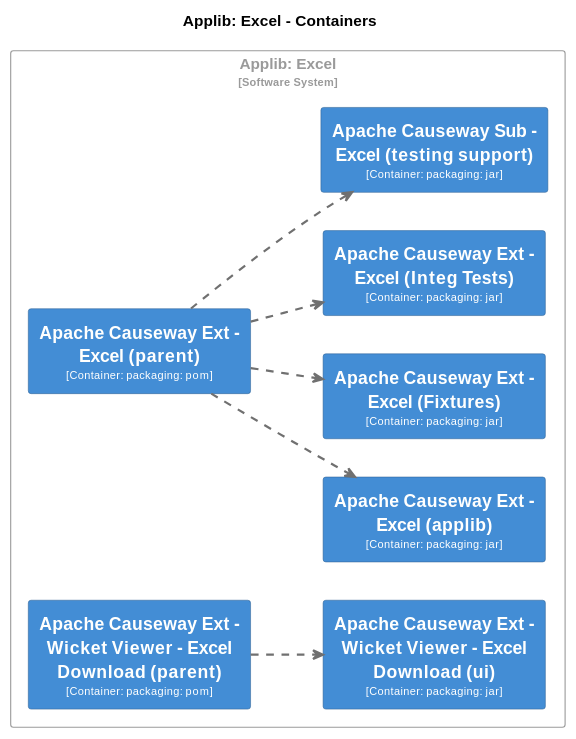
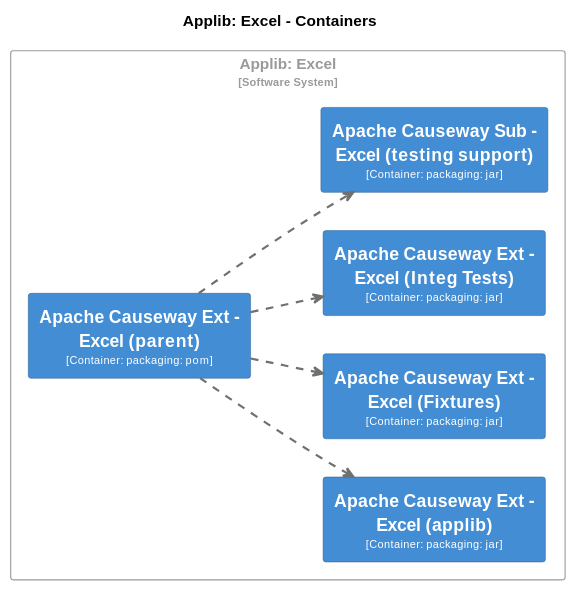
Diagram 22 of 33 in core/adoc/modules/_overview/pages/about.adoc (apache/causeway), drawn with PlantUML before and after one commit. The commit also changed other lines of this file and 6 other files, not shown here.

```diff
--- a/core/adoc/modules/_overview/pages/about.adoc
+++ b/core/adoc/modules/_overview/pages/about.adoc
@@ -4897,82 +4971,67 @@
 [plantuml,Applib~ Excel,svg]
 ----
 @startuml
 set separator none
 title Applib: Excel - Containers
 
 left to right direction
 
 skinparam {
   arrowFontSize 10
   defaultTextAlignment center
   wrapWidth 200
   maxMessageSize 100
 }
 
 hide stereotype
 
 skinparam rectangle<<ApplibExcel.ApacheCausewayExtExcelFixtures>> {
   BackgroundColor #438dd5
   FontColor #fffffe
   BorderColor #2e6295
   shadowing false
 }
 skinparam rectangle<<ApplibExcel.ApacheCausewayExtExcelIntegTests>> {
   BackgroundColor #438dd5
   FontColor #fffffe
   BorderColor #2e6295
   shadowing false
 }
 skinparam rectangle<<ApplibExcel.ApacheCausewayExtExcelapplib>> {
   BackgroundColor #438dd5
   FontColor #fffffe
   BorderColor #2e6295
   shadowing false
 }
 skinparam rectangle<<ApplibExcel.ApacheCausewayExtExcelparent>> {
   BackgroundColor #438dd5
   FontColor #fffffe
   BorderColor #2e6295
   shadowing false
 }
-skinparam rectangle<<ApplibExcel.ApacheCausewayExtWicketViewerExcelDownloadparent>> {
-  BackgroundColor #438dd5
-  FontColor #fffffe
-  BorderColor #2e6295
-  shadowing false
-}
-skinparam rectangle<<ApplibExcel.ApacheCausewayExtWicketViewerExcelDownloadui>> {
-  BackgroundColor #438dd5
-  FontColor #fffffe
-  BorderColor #2e6295
-  shadowing false
-}
 skinparam rectangle<<ApplibExcel.ApacheCausewaySubExceltestingsupport>> {
   BackgroundColor #438dd5
   FontColor #fffffe
   BorderColor #2e6295
   shadowing false
 }
 skinparam rectangle<<ApplibExcel>> {
   BorderColor #9a9a9a
   FontColor #9a9a9a
   shadowing false
 }
 
 rectangle "Applib: Excel\n<size:10>[Software System]</size>" <<ApplibExcel>> {
   rectangle "==Apache Causeway Ext - Excel (parent)\n<size:10>[Container: packaging: pom]</size>" <<ApplibExcel.ApacheCausewayExtExcelparent>> as ApplibExcel.ApacheCausewayExtExcelparent
   rectangle "==Apache Causeway Ext - Excel (applib)\n<size:10>[Container: packaging: jar]</size>" <<ApplibExcel.ApacheCausewayExtExcelapplib>> as ApplibExcel.ApacheCausewayExtExcelapplib
   rectangle "==Apache Causeway Ext - Excel (Fixtures)\n<size:10>[Container: packaging: jar]</size>" <<ApplibExcel.ApacheCausewayExtExcelFixtures>> as ApplibExcel.ApacheCausewayExtExcelFixtures
   rectangle "==Apache Causeway Ext - Excel (Integ Tests)\n<size:10>[Container: packaging: jar]</size>" <<ApplibExcel.ApacheCausewayExtExcelIntegTests>> as ApplibExcel.ApacheCausewayExtExcelIntegTests
   rectangle "==Apache Causeway Sub - Excel (testing support)\n<size:10>[Container: packaging: jar]</size>" <<ApplibExcel.ApacheCausewaySubExceltestingsupport>> as ApplibExcel.ApacheCausewaySubExceltestingsupport
-  rectangle "==Apache Causeway Ext - Wicket Viewer - Excel Download (parent)\n<size:10>[Container: packaging: pom]</size>" <<ApplibExcel.ApacheCausewayExtWicketViewerExcelDownloadparent>> as ApplibExcel.ApacheCausewayExtWicketViewerExcelDownloadparent
-  rectangle "==Apache Causeway Ext - Wicket Viewer - Excel Download (ui)\n<size:10>[Container: packaging: jar]</size>" <<ApplibExcel.ApacheCausewayExtWicketViewerExcelDownloadui>> as ApplibExcel.ApacheCausewayExtWicketViewerExcelDownloadui
 }
 
+ApplibExcel.ApacheCausewayExtExcelparent .[#707070,thickness=2].> ApplibExcel.ApacheCausewaySubExceltestingsupport : "<color:#707070>"
+ApplibExcel.ApacheCausewayExtExcelparent .[#707070,thickness=2].> ApplibExcel.ApacheCausewayExtExcelapplib : "<color:#707070>"
 ApplibExcel.ApacheCausewayExtExcelparent .[#707070,thickness=2].> ApplibExcel.ApacheCausewayExtExcelFixtures : "<color:#707070>"
 ApplibExcel.ApacheCausewayExtExcelparent .[#707070,thickness=2].> ApplibExcel.ApacheCausewayExtExcelIntegTests : "<color:#707070>"
-ApplibExcel.ApacheCausewayExtExcelparent .[#707070,thickness=2].> ApplibExcel.ApacheCausewaySubExceltestingsupport : "<color:#707070>"
-ApplibExcel.ApacheCausewayExtWicketViewerExcelDownloadparent .[#707070,thickness=2].> ApplibExcel.ApacheCausewayExtWicketViewerExcelDownloadui : "<color:#707070>"
-ApplibExcel.ApacheCausewayExtExcelparent .[#707070,thickness=2].> ApplibExcel.ApacheCausewayExtExcelapplib : "<color:#707070>"
 @enduml
 ----
```
